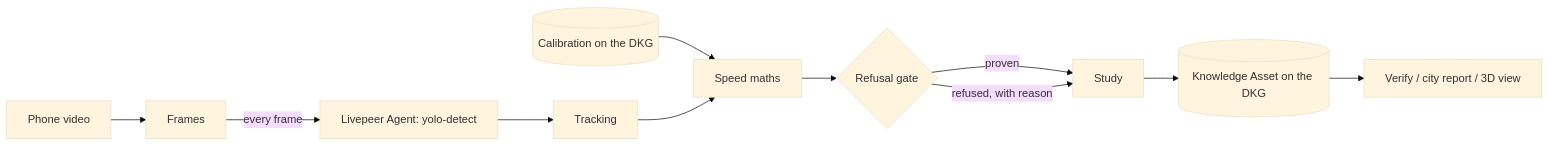
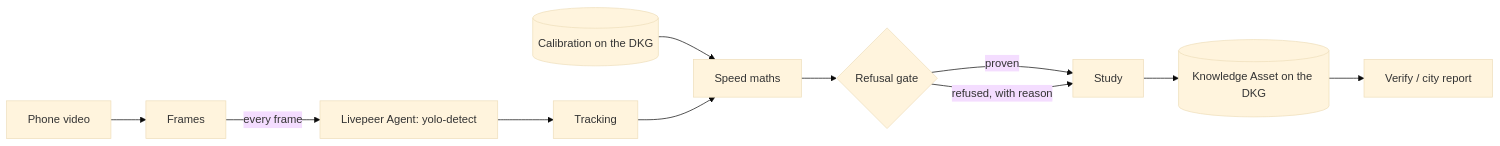
One commit to sidharthnair7/streetproof changed the diagram in README.md. Above: the diagram before and after it, drawn with Mermaid (base theme). The commit also changed other lines of this file and 64 other files, not shown here.

````diff
--- a/README.md
+++ b/README.md
@@ -25,13 +27,13 @@
 ```mermaid
 flowchart LR
   V[Phone video] --> F[Frames]
   F -->|every frame| L[Livepeer Agent: yolo-detect]
   L --> T[Tracking]
   C[(Calibration on the DKG)] --> S
   T --> S[Speed maths]
   S --> G{Refusal gate}
   G -->|proven| R[Study]
   G -->|refused, with reason| R
   R --> K[(Knowledge Asset on the DKG)]
-  K --> Y[Verify / city report / 3D view]
+  K --> Y[Verify / city report]
 ```
````
